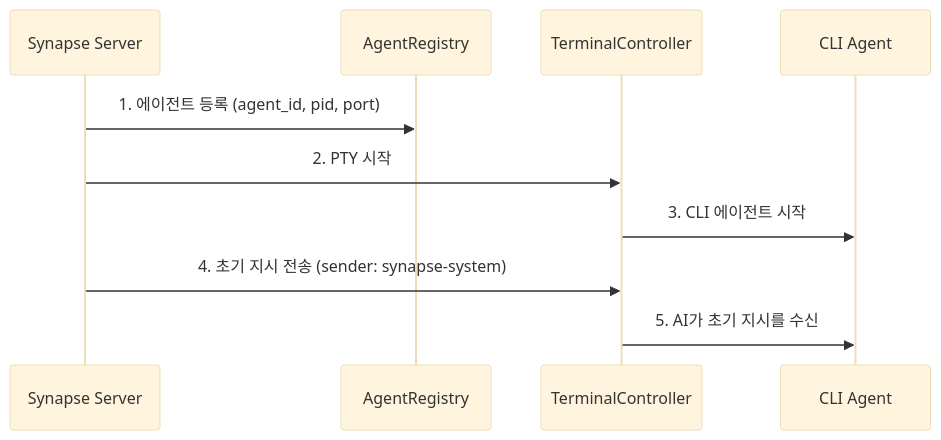
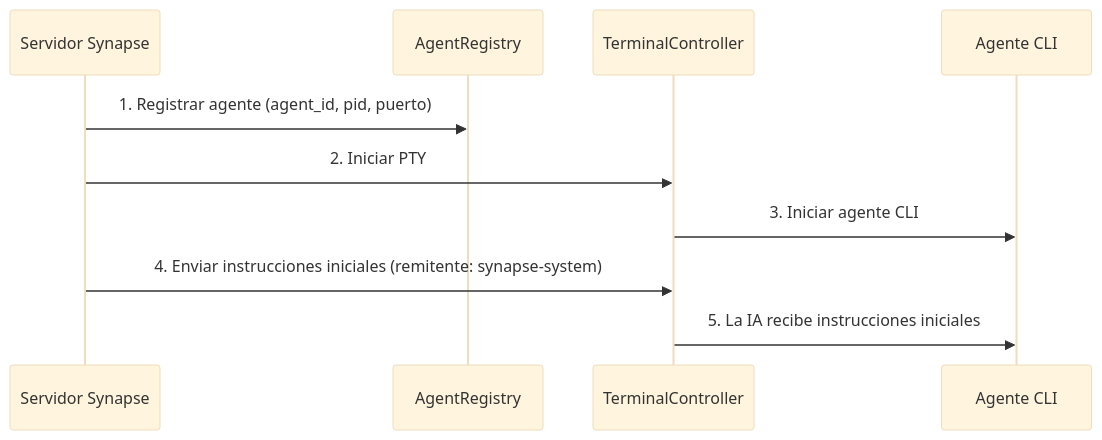
Before and after one commit to s-hiraoku/synapse-a2a: the second of 5 diagrams in README.ko.md, drawn with Mermaid (base theme). The commit also changed other lines of this file and 1 other file, not shown here.

````diff
--- a/README.ko.md
+++ b/README.ko.md
@@ -430,13 +477,13 @@
 ```mermaid
 sequenceDiagram
-    participant Synapse as Synapse Server
+    participant Synapse as Servidor Synapse
     participant Registry as AgentRegistry
     participant PTY as TerminalController
-    participant CLI as CLI Agent
+    participant CLI as Agente CLI
 
-    Synapse->>Registry: 1. 에이전트 등록 (agent_id, pid, port)
-    Synapse->>PTY: 2. PTY 시작
-    PTY->>CLI: 3. CLI 에이전트 시작
-    Synapse->>PTY: 4. 초기 지시 전송 (sender: synapse-system)
-    PTY->>CLI: 5. AI가 초기 지시를 수신
+    Synapse->>Registry: 1. Registrar agente (agent_id, pid, puerto)
+    Synapse->>PTY: 2. Iniciar PTY
+    PTY->>CLI: 3. Iniciar agente CLI
+    Synapse->>PTY: 4. Enviar instrucciones iniciales (remitente: synapse-system)
+    PTY->>CLI: 5. La IA recibe instrucciones iniciales
 ```
````
